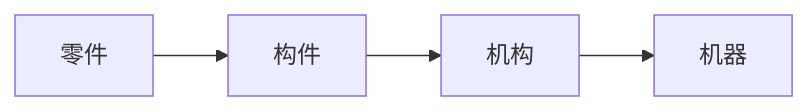
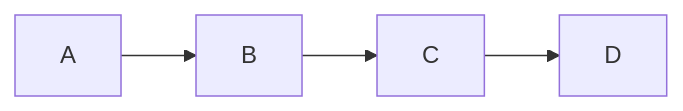
Before and after one commit to Qmdm/qmdthings: the first of 2 diagrams in notes/mech/mechanical-principles.qmd, drawn with Mermaid. The commit also changed other lines of this file and 78 other files, not shown here.

````diff
--- a/notes/mech/mechanical-principles.qmd
+++ b/notes/mech/mechanical-principles.qmd
@@ -70,4 +70,4 @@
 ```{mermaid}
 graph LR
-A["零件"]-->B["构件"]-->C["机构"]-->D["机器"]
+A-->B-->C-->D
 ```
````
